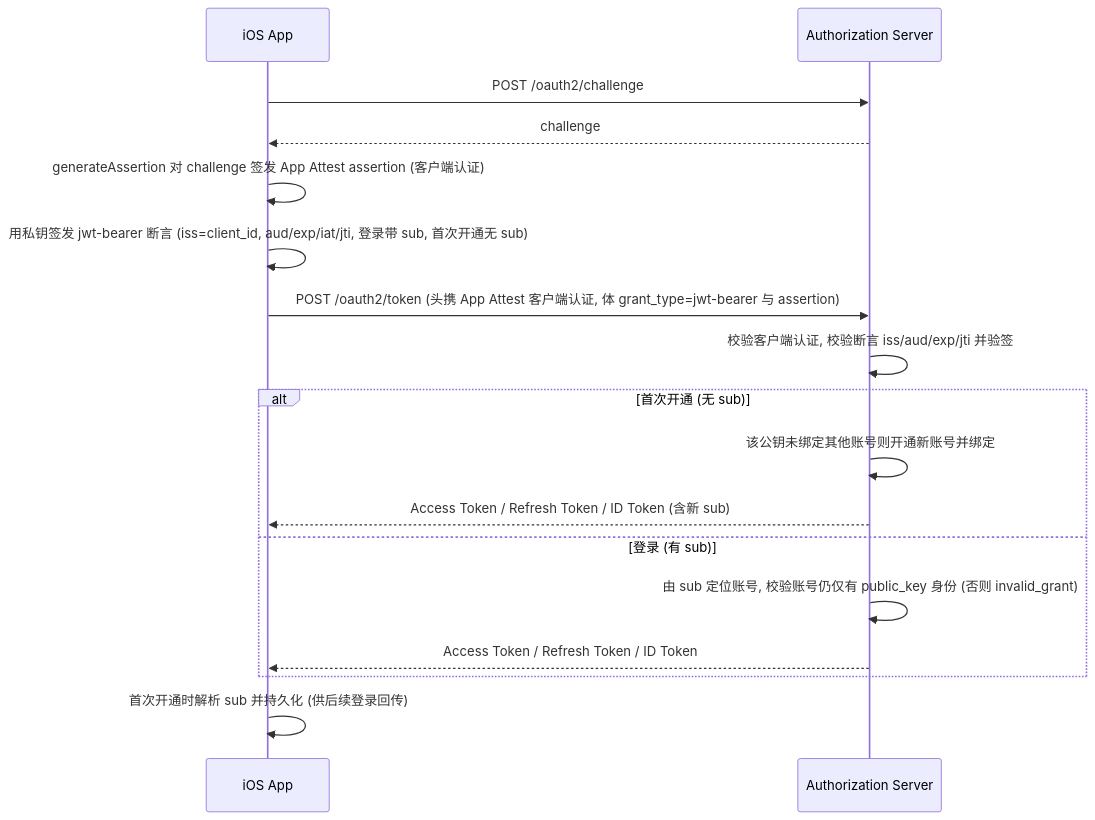
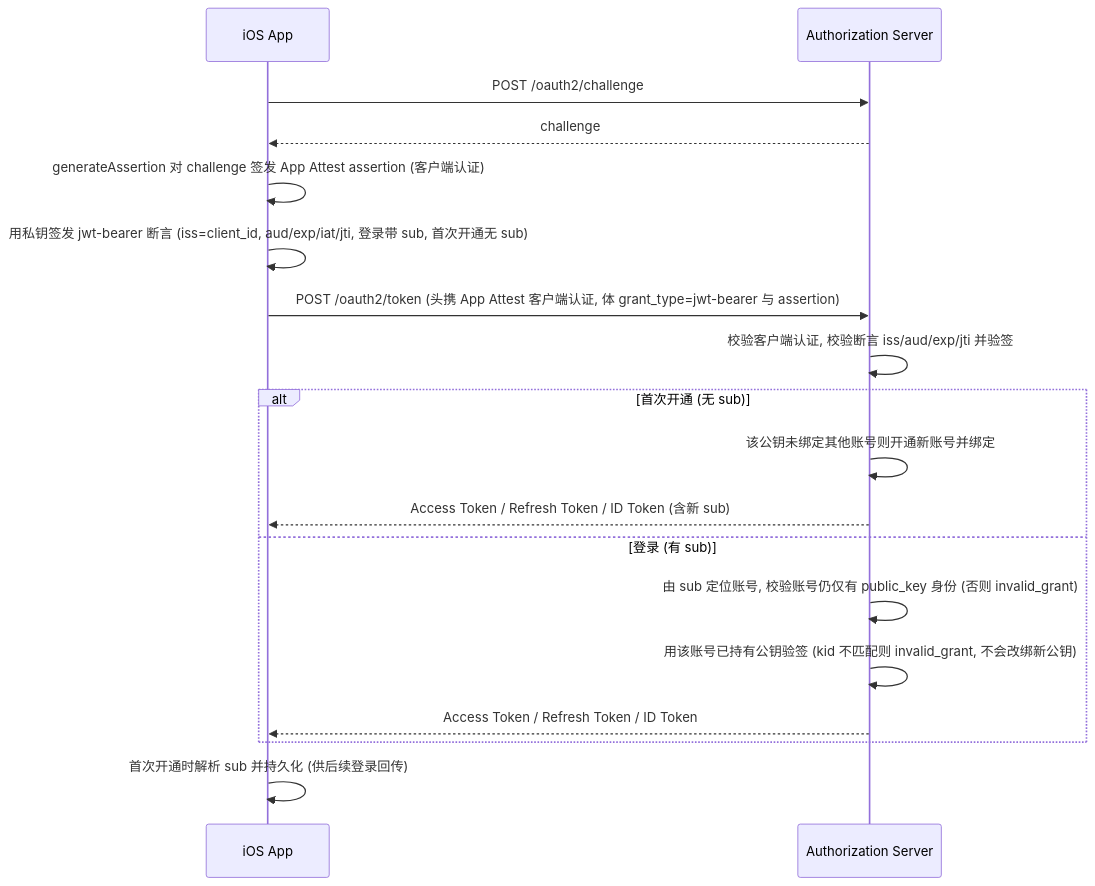
Before and after one commit to euler-projects/demo: the second of 2 diagrams in user-center/doc/apis/zh-cn/app-attest-login/v2/App-Attest-Login-#-Jwt-Bearer.md, drawn with Mermaid. The commit also changed other lines of this file and 20 other files, not shown here.

````diff
--- a/user-center/doc/apis/zh-cn/app-attest-login/v2/App-Attest-Login-#-Jwt-Bearer.md
+++ b/user-center/doc/apis/zh-cn/app-attest-login/v2/App-Attest-Login-#-Jwt-Bearer.md
@@ -154,19 +174,20 @@
 ```mermaid
 sequenceDiagram
     participant App as iOS App
     participant Server as Authorization Server
     App ->> Server: POST /oauth2/challenge
     Server -->> App: challenge
     App ->> App: generateAssertion 对 challenge 签发 App Attest assertion (客户端认证)
     App ->> App: 用私钥签发 jwt-bearer 断言 (iss=client_id, aud/exp/iat/jti, 登录带 sub, 首次开通无 sub)
     App ->> Server: POST /oauth2/token (头携 App Attest 客户端认证, 体 grant_type=jwt-bearer 与 assertion)
     Server ->> Server: 校验客户端认证, 校验断言 iss/aud/exp/jti 并验签
     alt 首次开通 (无 sub)
         Server ->> Server: 该公钥未绑定其他账号则开通新账号并绑定
         Server -->> App: Access Token / Refresh Token / ID Token (含新 sub)
     else 登录 (有 sub)
         Server ->> Server: 由 sub 定位账号, 校验账号仍仅有 public_key 身份 (否则 invalid_grant)
+        Server ->> Server: 用该账号已持有公钥验签 (kid 不匹配则 invalid_grant, 不会改绑新公钥)
         Server -->> App: Access Token / Refresh Token / ID Token
     end
     App ->> App: 首次开通时解析 sub 并持久化 (供后续登录回传)
 ```
````
